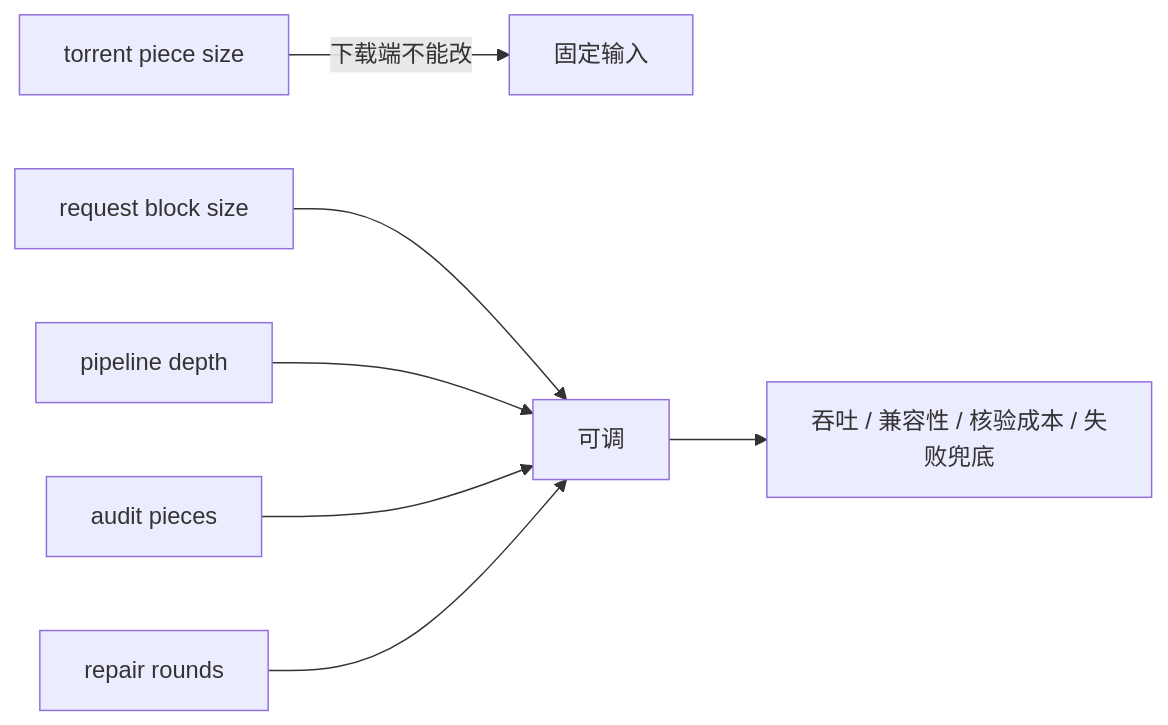
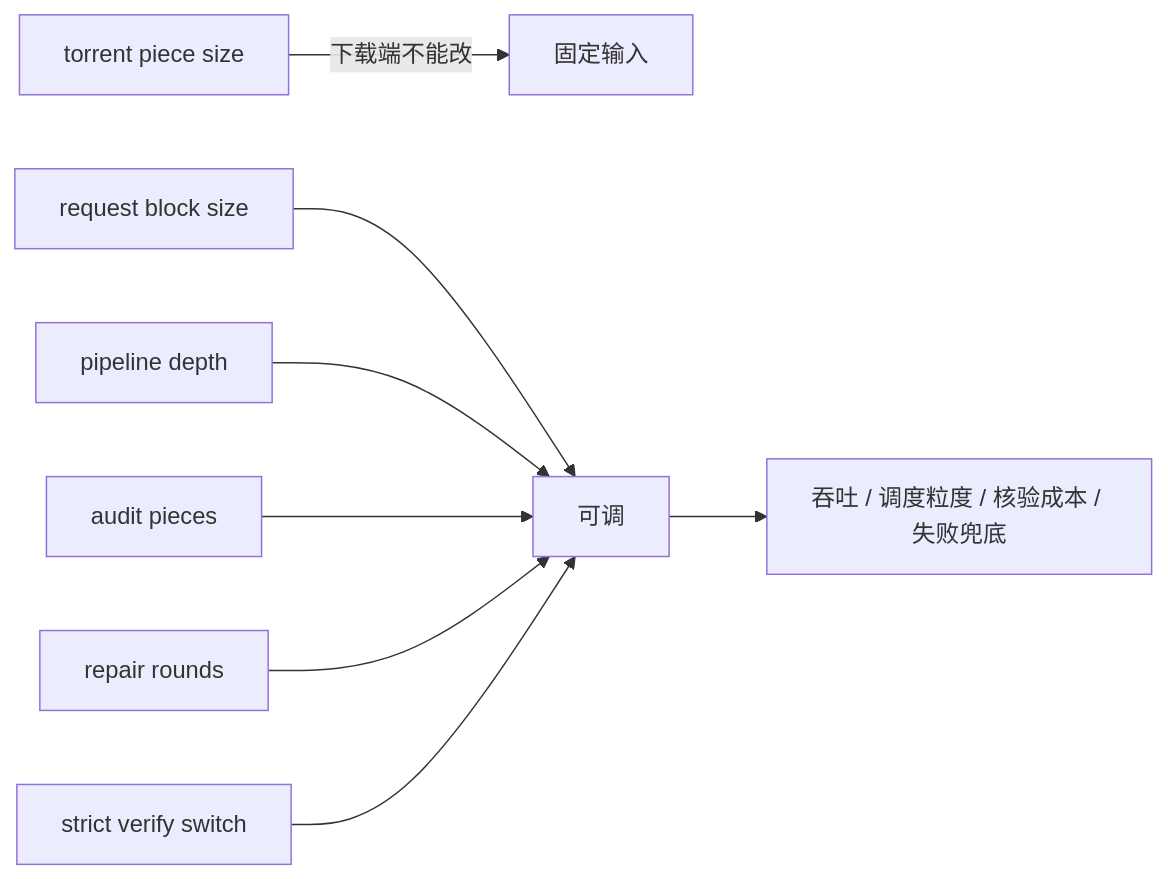
Before and after one commit to SimonMing47/BitTorrent: the seventh of 7 diagrams in docs/protocol-and-features.md, drawn with Mermaid. The commit also changed other lines of this file and 1 other file, not shown here.

````diff
--- a/docs/protocol-and-features.md
+++ b/docs/protocol-and-features.md
@@ -421,9 +423,10 @@
 ```mermaid
 flowchart LR
     A["torrent piece size"] -->|"下载端不能改"| X["固定输入"]
     B["request block size"] --> C["可调"]
     D["pipeline depth"] --> C
     E["audit pieces"] --> C
     F["repair rounds"] --> C
-    C --> G["吞吐 / 兼容性 / 核验成本 / 失败兜底"]
+    G["strict verify switch"] --> C
+    C --> H["吞吐 / 调度粒度 / 核验成本 / 失败兜底"]
 ```
````
